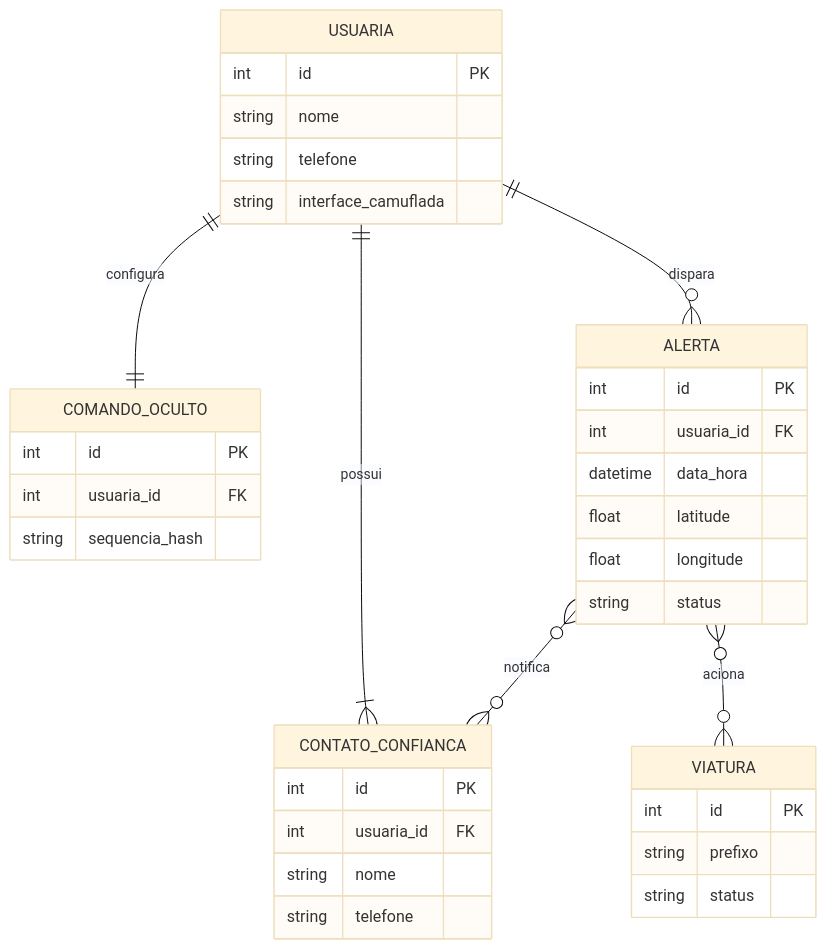
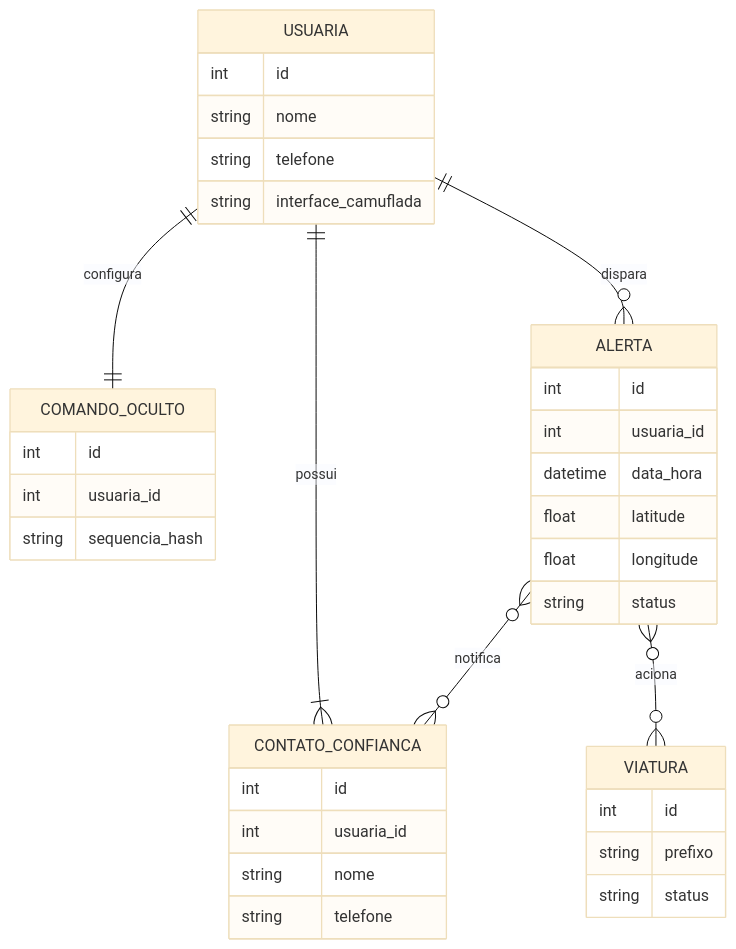
Before and after one commit to ProAtom10/Siren: the diagram in documentacao/diagramas.md, drawn with Mermaid (base theme).

Commit message:
Refactor database schema for user and related entities

````diff
--- a/documentacao/diagramas.md
+++ b/documentacao/diagramas.md
@@ -1,39 +1,39 @@
 ```mermaid
 erDiagram
     USUARIA ||--|{ CONTATO_CONFIANCA : possui
     USUARIA ||--|| COMANDO_OCULTO : configura
     USUARIA ||--o{ ALERTA : dispara
     ALERTA }o--o{ CONTATO_CONFIANCA : notifica
     ALERTA }o--o{ VIATURA : aciona
 
     USUARIA {
-        int id PK
+        int id 
         string nome
         string telefone
         string interface_camuflada
     }
     CONTATO_CONFIANCA {
-        int id PK
-        int usuaria_id FK
+        int id 
+        int usuaria_id 
         string nome
         string telefone
     }
     COMANDO_OCULTO {
-        int id PK
-        int usuaria_id FK
+        int id 
+        int usuaria_id 
         string sequencia_hash
     }
     ALERTA {
-        int id PK
-        int usuaria_id FK
+        int id 
+        int usuaria_id 
         datetime data_hora
         float latitude
         float longitude
         string status
     }
     VIATURA {
-        int id PK
+        int id 
         string prefixo
         string status
     }
 ```
````
